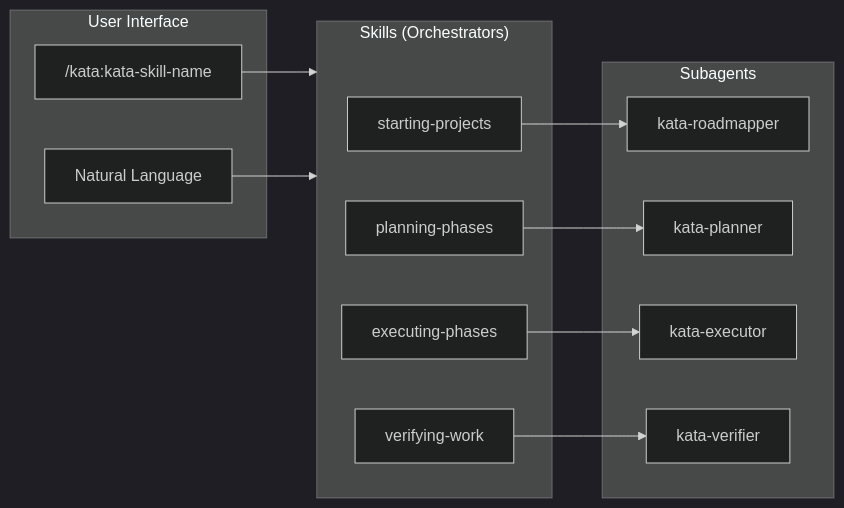
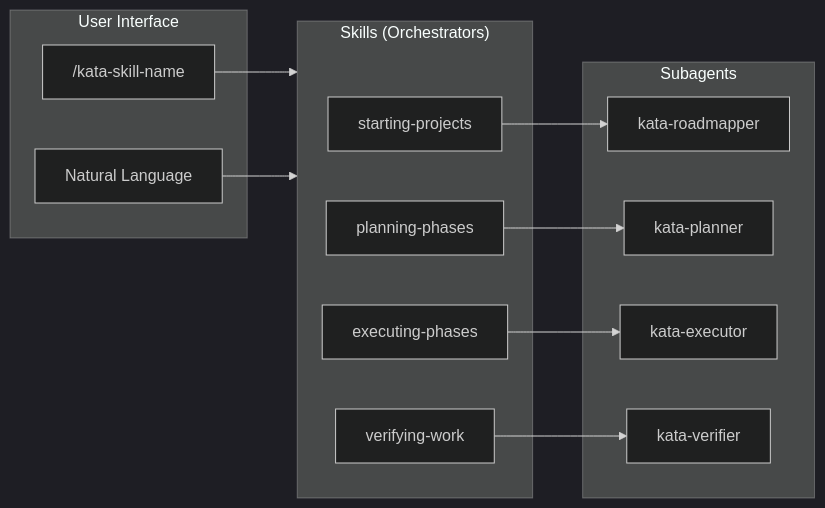
Before and after one commit to gannonh/kata: the first of 6 diagrams in .docs/diagrams/FLOWS.md, drawn with Mermaid. The commit also changed other lines of this file and 89 other files, not shown here.

First line of the commit message:
fix: remove kata: plugin namespace prefix from skill invocations

````diff
--- a/.docs/diagrams/FLOWS.md
+++ b/.docs/diagrams/FLOWS.md
@@ -9,30 +9,30 @@
 ```mermaid
 %%{init: {'theme': 'dark'}}%%
 flowchart LR
     subgraph User["User Interface"]
-        CMD["/kata:kata-skill-name"]
+        CMD["/kata-skill-name"]
         NL["Natural Language"]
     end
 
     subgraph Skills["Skills (Orchestrators)"]
         SP["starting-projects"]
         PP["planning-phases"]
         EP["executing-phases"]
         VW["verifying-work"]
     end
 
     subgraph Agents["Subagents"]
         RM["kata-roadmapper"]
         PL["kata-planner"]
         EX["kata-executor"]
         VF["kata-verifier"]
     end
 
     CMD --> Skills
     NL --> Skills
 
     SP --> RM
     PP --> PL
     EP --> EX
     VW --> VF
 ```
````
